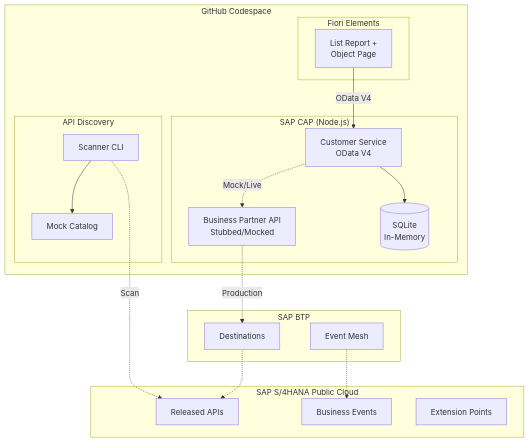
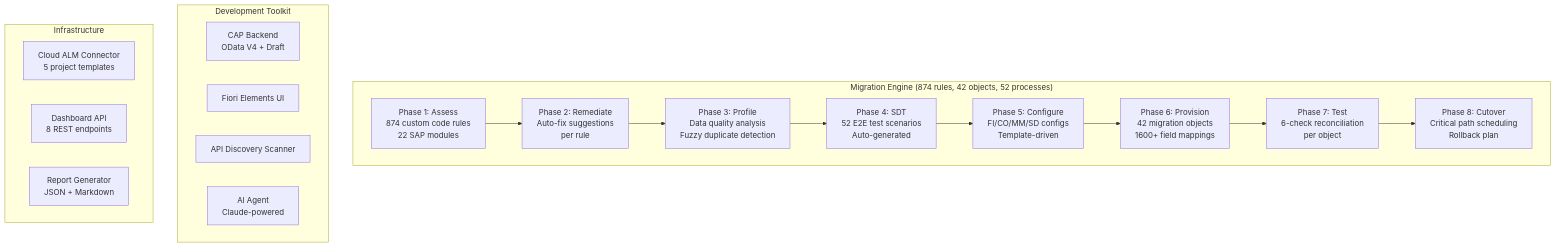
The diagram in README.md (ib823/sapconnect), drawn with Mermaid before and after one commit. The commit also changed other lines of this file, not shown here.

First line of the commit message:
Update README to reflect exhaustive migration platform capabilities

````diff
--- a/README.md
+++ b/README.md
@@ -9,37 +9,28 @@
 ```mermaid
 graph TB
-    subgraph "GitHub Codespace"
-        subgraph "SAP CAP (Node.js)"
-            CS[Customer Service<br/>OData V4]
-            BP[Business Partner API<br/>Stubbed/Mocked]
-            DB[(SQLite<br/>In-Memory)]
-        end
-        subgraph "Fiori Elements"
-            FE[List Report +<br/>Object Page]
-        end
-        subgraph "API Discovery"
-            DIS[Scanner CLI]
-            CAT[Mock Catalog]
-        end
+    subgraph "Migration Engine (874 rules, 42 objects, 52 processes)"
+        ASSESS[Phase 1: Assess<br/>874 custom code rules<br/>22 SAP modules]
+        REMED[Phase 2: Remediate<br/>Auto-fix suggestions<br/>per rule]
+        PROFILE[Phase 3: Profile<br/>Data quality analysis<br/>Fuzzy duplicate detection]
+        SDT[Phase 4: SDT<br/>52 E2E test scenarios<br/>Auto-generated]
+        CONFIG[Phase 5: Configure<br/>FI/CO/MM/SD configs<br/>Template-driven]
+        PROV[Phase 6: Provision<br/>42 migration objects<br/>1600+ field mappings]
+        TEST[Phase 7: Test<br/>6-check reconciliation<br/>per object]
+        CUT[Phase 8: Cutover<br/>Critical path scheduling<br/>Rollback plan]
     end
 
-    subgraph "SAP S/4HANA Public Cloud"
-        API[Released APIs]
-        EVT[Business Events]
-        EXT[Extension Points]
+    subgraph "Development Toolkit"
+        CAP[CAP Backend<br/>OData V4 + Draft]
+        FE[Fiori Elements UI]
+        DIS[API Discovery Scanner]
+        AG[AI Agent<br/>Claude-powered]
     end
 
-    subgraph "SAP BTP"
-        DEST[Destinations]
-        EM[Event Mesh]
+    subgraph "Infrastructure"
+        ALM[Cloud ALM Connector<br/>5 project templates]
+        DASH[Dashboard API<br/>8 REST endpoints]
+        RPT[Report Generator<br/>JSON + Markdown]
     end
 
-    FE -->|OData V4| CS
-    CS --> DB
-    CS -.->|Mock/Live| BP
-    DIS -.->|Scan| API
-    DIS --> CAT
-    BP -.->|Production| DEST
-    DEST -.-> API
-    EM -.-> EVT
+    ASSESS --> REMED --> PROFILE --> SDT --> CONFIG --> PROV --> TEST --> CUT
 ```
````
